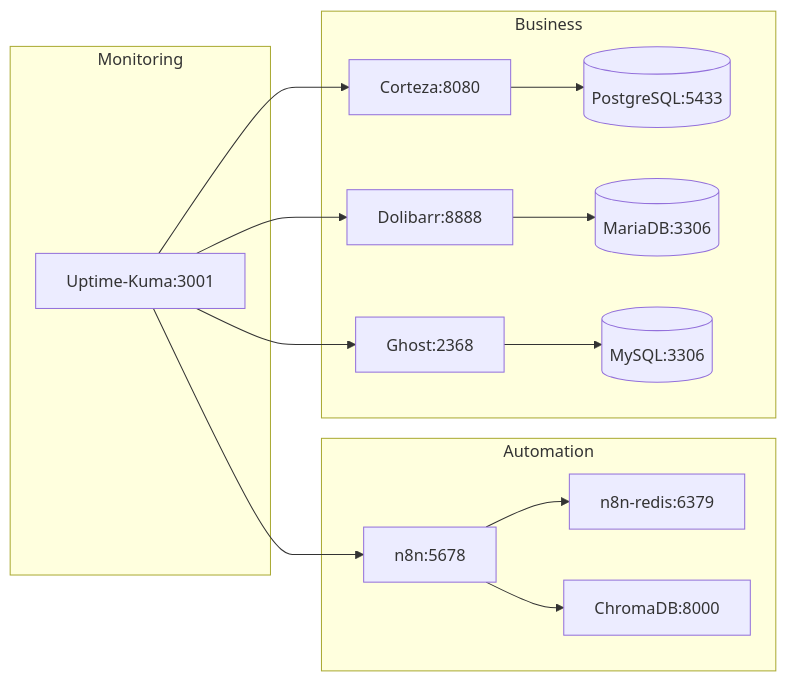
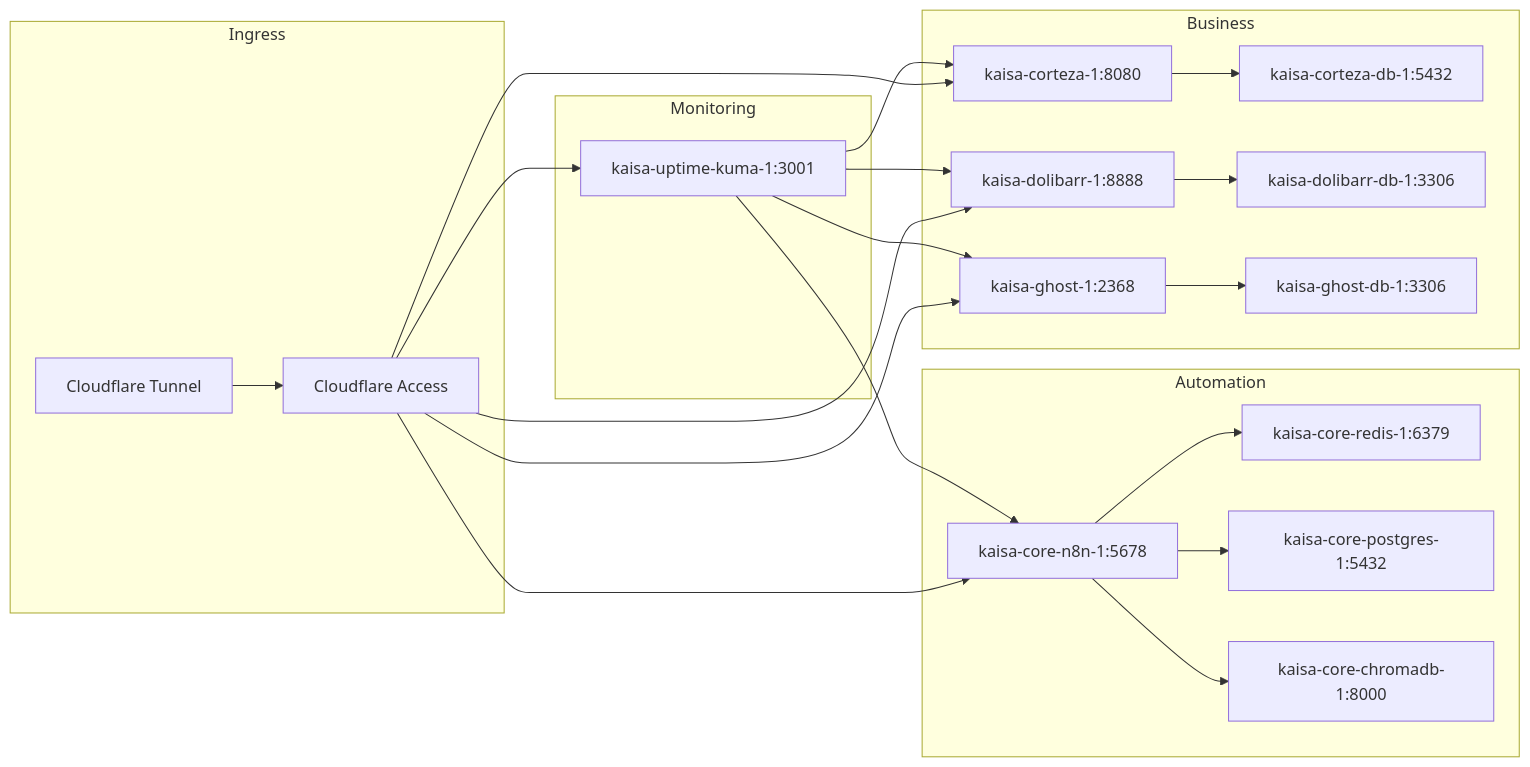
The diagram in docs/architecture/stack-map.md (PrivacyFirst-Dev/kaisa-automation-core), drawn with Mermaid before and after one commit. The commit also changed other lines of this file and 6 other files, not shown here.

````diff
--- a/docs/architecture/stack-map.md
+++ b/docs/architecture/stack-map.md
@@ -8,15 +10,20 @@
 ```mermaid
 graph LR
+  subgraph Ingress
+    CF[Cloudflare Tunnel] --> CFA[Cloudflare Access]
+  end
   subgraph Automation
-    n8n[n8n:5678] --> redis[n8n-redis:6379]
-    n8n --> chroma[ChromaDB:8000]
+    n8n[kaisa-core-n8n-1:5678] --> redis[kaisa-core-redis-1:6379]
+    n8n --> pg_n8n[kaisa-core-postgres-1:5432]
+    n8n --> chroma[kaisa-core-chromadb-1:8000]
   end
   subgraph Business
-    crm[Corteza:8080] --> pg[(PostgreSQL:5433)]
-    erp[Dolibarr:8888] --> maria[(MariaDB:3306)]
-    cms[Ghost:2368] --> mysql[(MySQL:3306)]
+    crm[kaisa-corteza-1:8080] --> pg_crm[kaisa-corteza-db-1:5432]
+    erp[kaisa-dolibarr-1:8888] --> maria[kaisa-dolibarr-db-1:3306]
+    cms[kaisa-ghost-1:2368] --> mysql[kaisa-ghost-db-1:3306]
   end
   subgraph Monitoring
-    kuma[Uptime-Kuma:3001] --> n8n & crm & erp & cms
+    kuma[kaisa-uptime-kuma-1:3001] --> n8n & crm & erp & cms
   end
+  CFA --> n8n & crm & erp & cms & kuma
 ```
````
